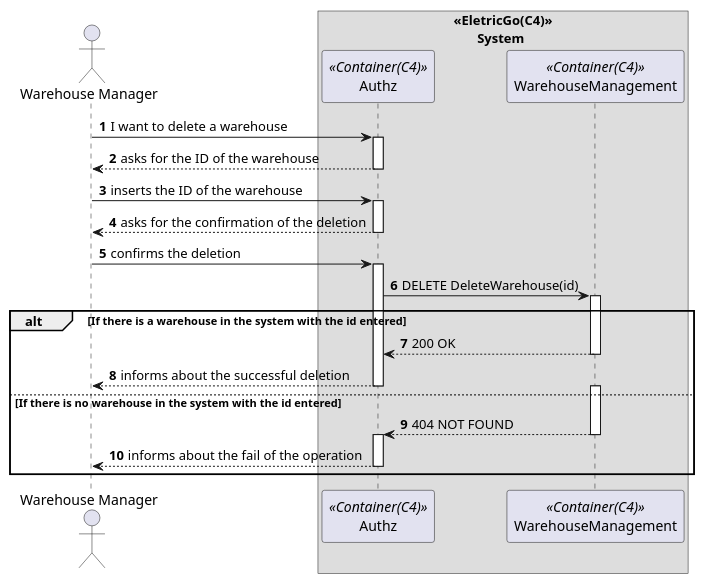
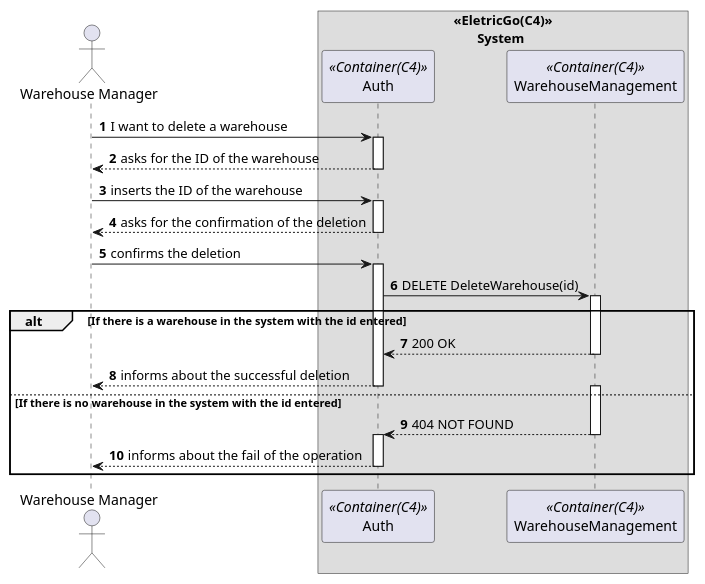
The diagram in Documents/1200720/.puml/deleteWarehouseSD.puml (0franciscor/dei_3dj_057), drawn with PlantUML before and after one commit. The commit also changed 10 other files, not shown here.

```diff
--- a/Documents/1200720/.puml/deleteWarehouseSD.puml
+++ b/Documents/1200720/.puml/deleteWarehouseSD.puml
@@ -1,49 +1,49 @@
 @startuml 
 autonumber
 actor "Warehouse Manager" as admin
 box "<<EletricGo(C4)>>\n       System"
-participant Authz as system <<Container(C4)>>
+participant Auth as system <<Container(C4)>>
 participant WarehouseManagement as  WM <<Container(C4)>>
 end box
 admin -> system: I want to delete a warehouse
 activate system
 
 system --> admin: asks for the ID of the warehouse
 deactivate system
 
 admin -> system: inserts the ID of the warehouse
 activate system
 
 system --> admin: asks for the confirmation of the deletion
 deactivate system
 
 admin -> system: confirms the deletion
 activate system
 
 system -> WM : DELETE DeleteWarehouse(id)
 alt If there is a warehouse in the system with the id entered
 
 activate WM
 
 WM --> system : 200 OK 
 deactivate WM
 system --> admin: informs about the successful deletion
 deactivate system
 
 else If there is no warehouse in the system with the id entered
 
 activate WM
 WM --> system : 404 NOT FOUND 
 deactivate WM
 activate system
 
 system --> admin : informs about the fail of the operation
 
 deactivate system
 
 
 end 
 
 deactivate admin
 
 @enduml
```
